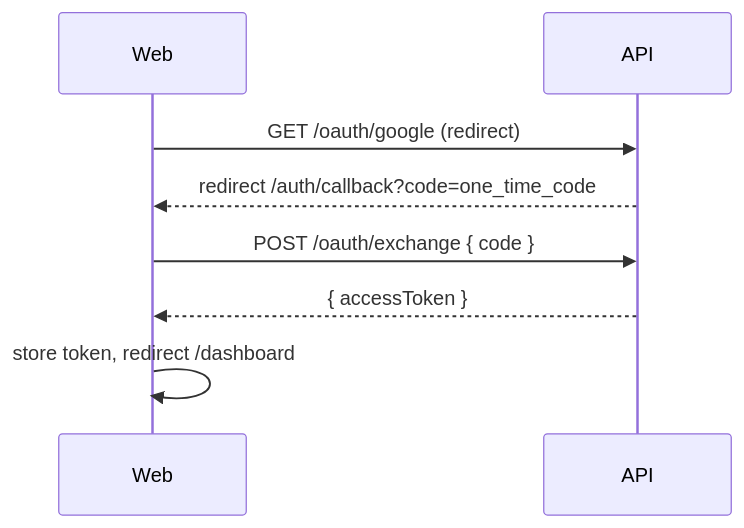
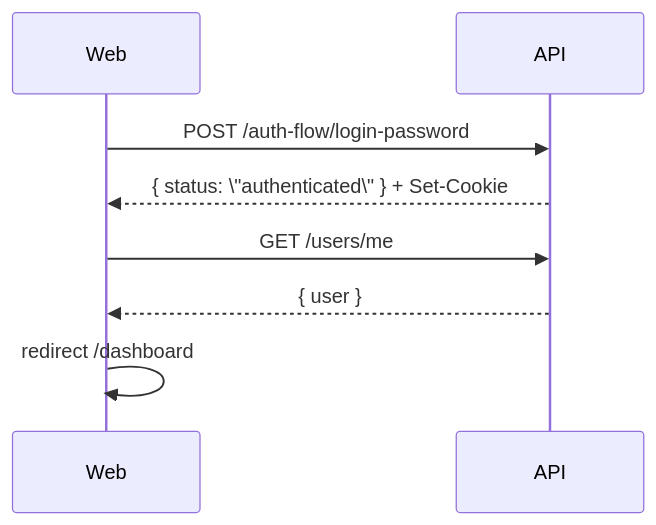
One commit to withbmo/bmo-stack changed the first of 2 diagrams in apps/web/src/shared/auth/README.md. Above: the diagram before and after it, drawn with Mermaid. The commit also changed other lines of this file and 359 other files, not shown here.

````diff
--- a/apps/web/src/shared/auth/README.md
+++ b/apps/web/src/shared/auth/README.md
@@ -65,10 +26,10 @@
 ```mermaid
 sequenceDiagram
   participant Web
   participant API
-  Web->>API: GET /oauth/google (redirect)
-  API-->>Web: redirect /auth/callback?code=one_time_code
-  Web->>API: POST /oauth/exchange { code }
-  API-->>Web: { accessToken }
-  Web->>Web: store token, redirect /dashboard
+  Web->>API: POST /auth-flow/login-password
+  API-->>Web: { status: \"authenticated\" } + Set-Cookie
+  Web->>API: GET /users/me
+  API-->>Web: { user }
+  Web->>Web: redirect /dashboard
 ```
````
